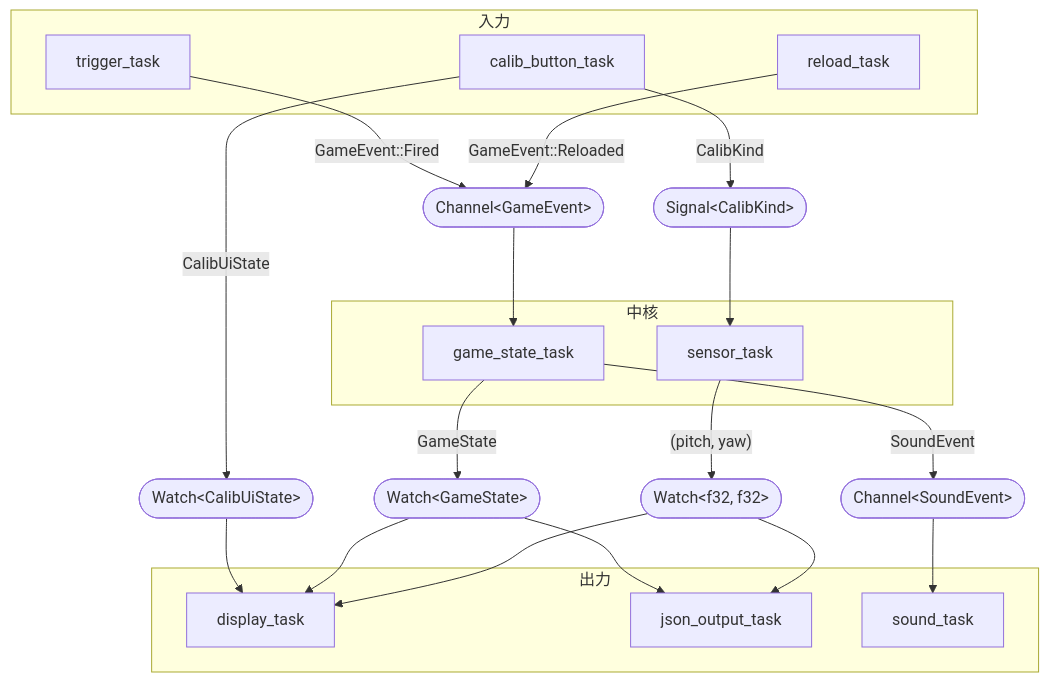
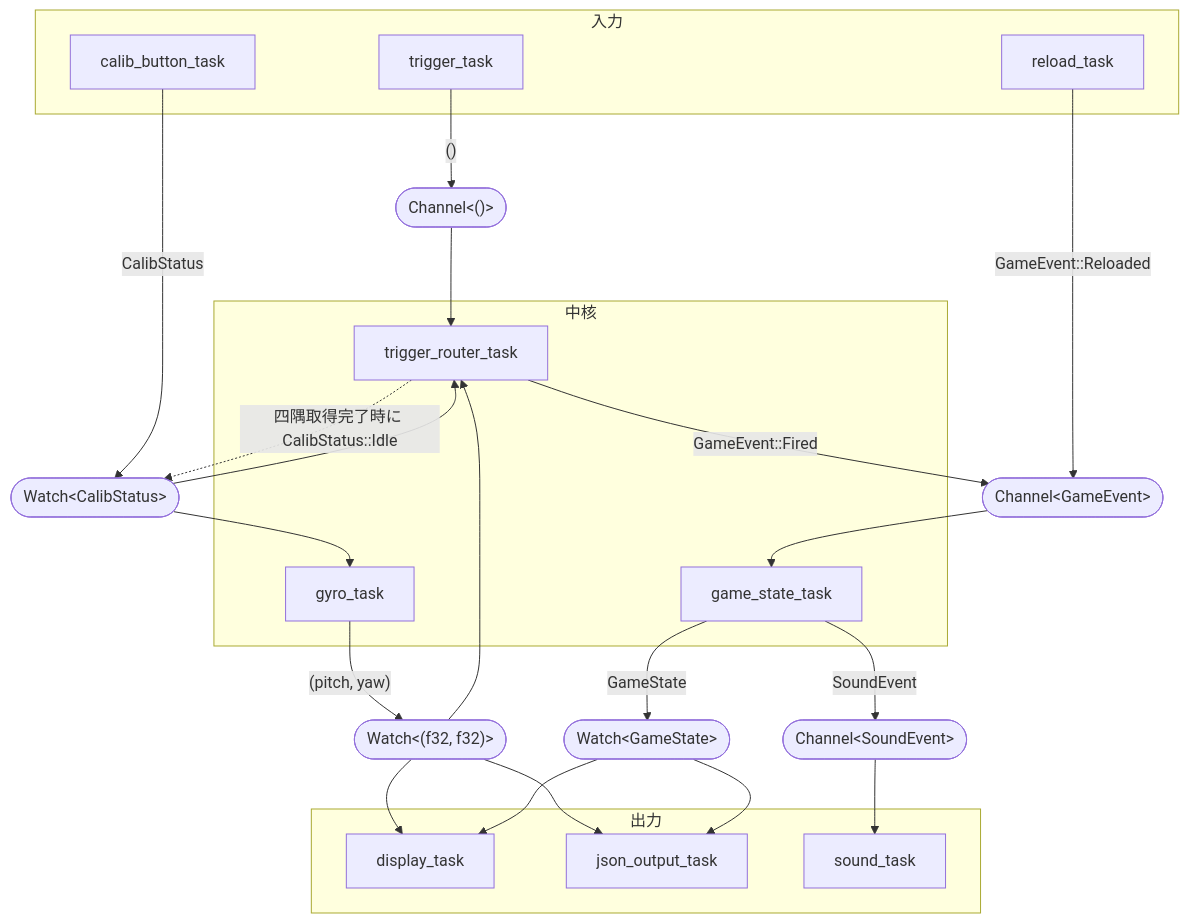
Before and after one commit to FUN-Hardware/funfes2026-controller: the diagram in README.md, drawn with Mermaid. The commit also changed other lines of this file and 4 other files, not shown here.

````diff
--- a/README.md
+++ b/README.md
@@ -59,40 +59,45 @@
 ```mermaid
 flowchart TD
     subgraph input["入力"]
         trigger_task
         reload_task
         calib_button_task
     end
 
     subgraph core["中核"]
+        gyro_task
+        trigger_router_task
         game_state_task
-        sensor_task
     end
 
     subgraph output["出力"]
         display_task
         json_output_task
         sound_task
     end
 
-    trigger_task -- "GameEvent::Fired" --> game_event(["Channel&lt;GameEvent&gt;"])
+    trigger_task -- "()" --> trigger_ch(["Channel&lt;()&gt;"])
+    trigger_ch --> trigger_router_task
+
+    calib_button_task -- "CalibStatus" --> calib_watch(["Watch&lt;CalibStatus&gt;"])
+    calib_watch --> gyro_task
+    calib_watch --> trigger_router_task
+
+    gyro_task -- "(pitch, yaw)" --> gyro_watch(["Watch&lt;(f32, f32)&gt;"])
+    gyro_watch --> trigger_router_task
+    gyro_watch --> display_task
+    gyro_watch --> json_output_task
+
+    trigger_router_task -- "GameEvent::Fired" --> game_event(["Channel&lt;GameEvent&gt;"])
     reload_task -- "GameEvent::Reloaded" --> game_event
     game_event --> game_state_task
 
-    calib_button_task -- "CalibKind" --> calib_cmd(["Signal&lt;CalibKind&gt;"])
-    calib_cmd --> sensor_task
-
-    calib_button_task -- "CalibUiState" --> calib_ui(["Watch&lt;CalibUiState&gt;"])
-    calib_ui --> display_task
+    trigger_router_task -. "四隅取得完了時に CalibStatus::Idle" .-> calib_watch
 
     game_state_task -- "GameState" --> game_state(["Watch&lt;GameState&gt;"])
     game_state --> display_task
     game_state --> json_output_task
 
     game_state_task -- "SoundEvent" --> sound_event(["Channel&lt;SoundEvent&gt;"])
     sound_event --> sound_task
-
-    sensor_task -- "(pitch, yaw)" --> gyro_watch(["Watch&lt;f32, f32&gt;"])
-    gyro_watch --> display_task
-    gyro_watch --> json_output_task
 ```
````
